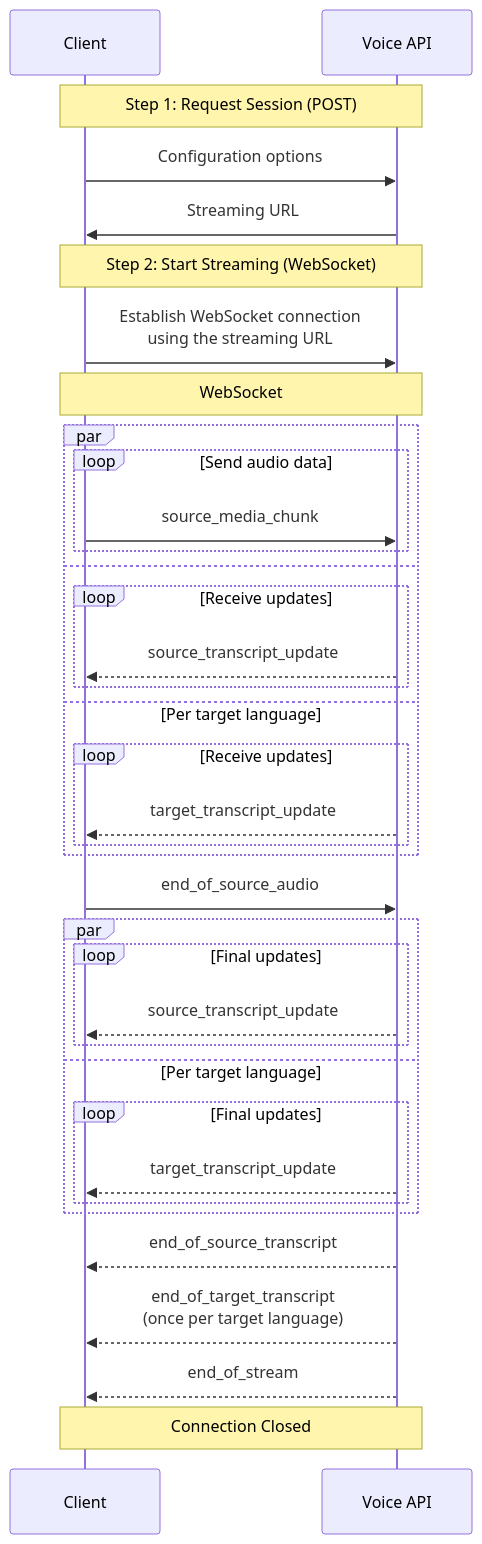
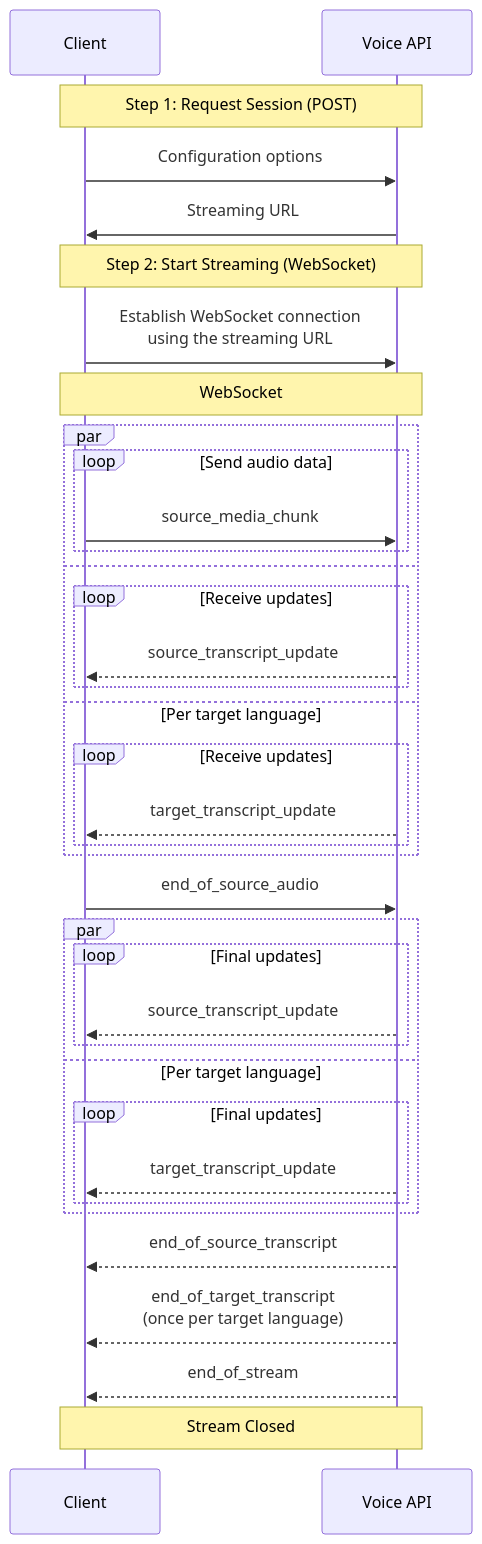
One commit to DeepLcom/api-docs changed the diagram in api-reference/voice.mdx. Above: the diagram before and after it, drawn with Mermaid. The commit also changed other lines of this file and 4 other files, not shown here.

````diff
--- a/api-reference/voice.mdx
+++ b/api-reference/voice.mdx
@@ -165,50 +165,50 @@
 ```mermaid
 sequenceDiagram
     participant Client
     participant Voice API
 
     Note over Client,Voice API: Step 1: Request Session (POST)
 
     Client->>Voice API: Configuration options
     Voice API->>Client: Streaming URL
 
     Note over Client,Voice API: Step 2: Start Streaming (WebSocket)
 
     Client->>Voice API: Establish WebSocket connection<br/>using the streaming URL
 
     Note over Client,Voice API: WebSocket
 
     par 
       loop Send audio data
         Client->>Voice API: source_media_chunk
       end
     and 
       loop Receive updates
         Voice API-->>Client: source_transcript_update
       end
     and Per target language
       loop Receive updates
         Voice API-->>Client: target_transcript_update
       end
     end
 
     Client->>Voice API: end_of_source_audio
 
     par
       loop Final updates
         Voice API-->>Client: source_transcript_update
       end
     and Per target language
       loop Final updates
         Voice API-->>Client: target_transcript_update
       end
     end
 
     Voice API-->>Client: end_of_source_transcript
 
     Voice API-->>Client: end_of_target_transcript<br/>(once per target language)
 
     Voice API-->>Client: end_of_stream
 
-    Note over Client,Voice API: Connection Closed
+    Note over Client,Voice API: Stream Closed
 ```
````
